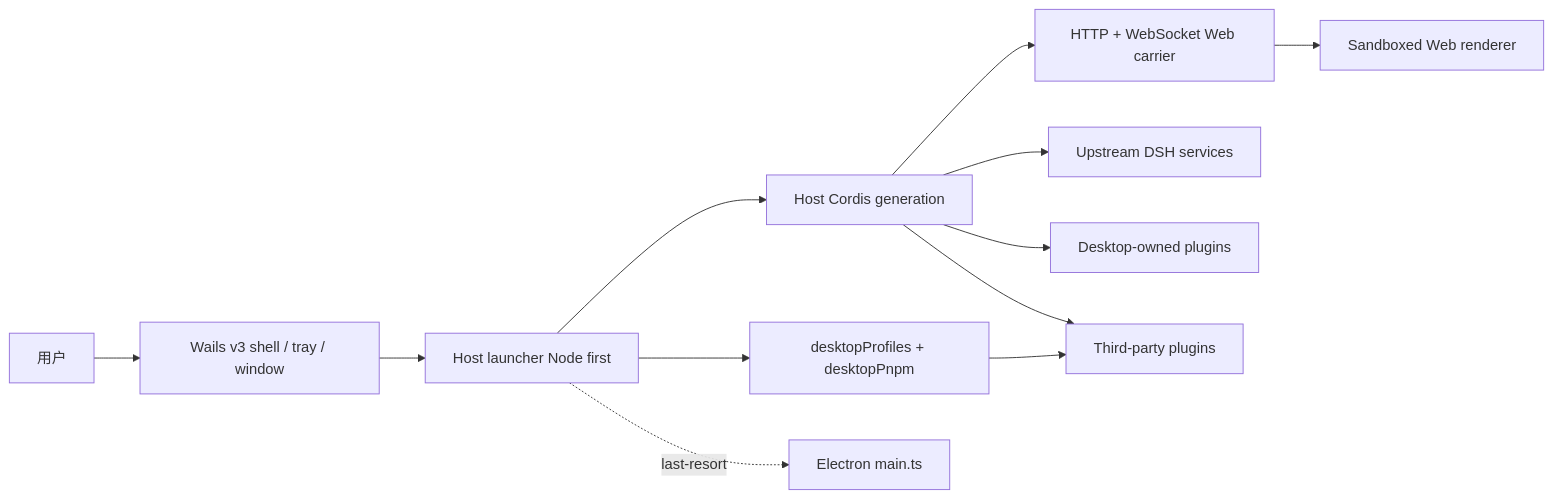
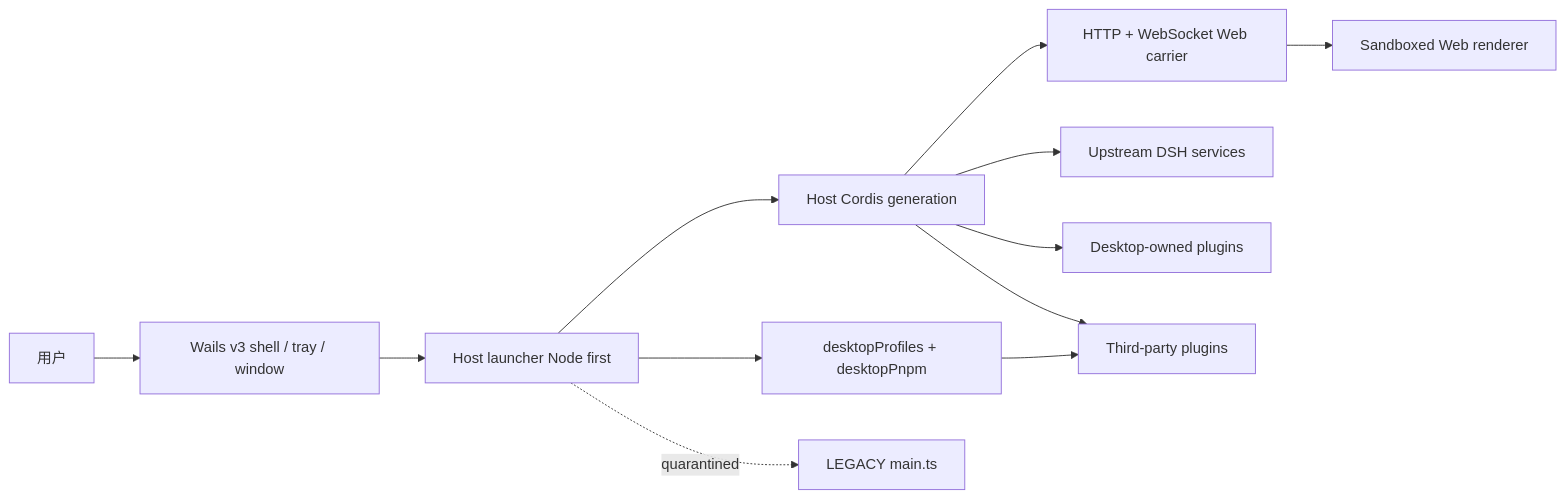
Before and after one commit to xinghaix/dsh-desktop: the diagram in docs/architecture.md, drawn with Mermaid. The commit also changed other lines of this file and 99 other files, not shown here.

````diff
--- a/docs/architecture.md
+++ b/docs/architecture.md
@@ -9,14 +9,14 @@
 ```mermaid
 flowchart LR
   User[用户] --> Native[Wails v3 shell / tray / window]
   Native --> HostBoot[Host launcher Node first]
   HostBoot --> Host[Host Cordis generation]
   Host --> Carrier[HTTP + WebSocket Web carrier]
   Carrier --> Renderer[Sandboxed Web renderer]
   Host --> Upstream[Upstream DSH services]
   Host --> Desktop[Desktop-owned plugins]
   Host --> ThirdParty[Third-party plugins]
   HostBoot --> Services[desktopProfiles + desktopPnpm]
   Services --> ThirdParty
-  HostBoot -. last-resort .-> Electron[Electron main.ts]
+  HostBoot -. quarantined .-> LEGACY[LEGACY main.ts]
 ```
````
